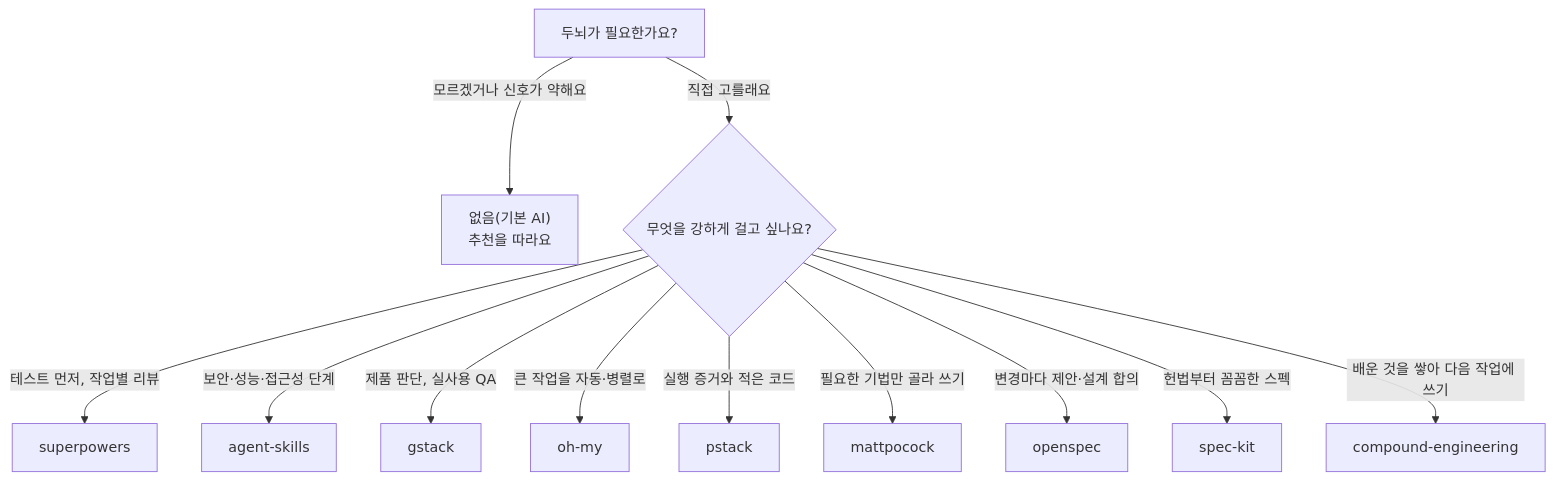
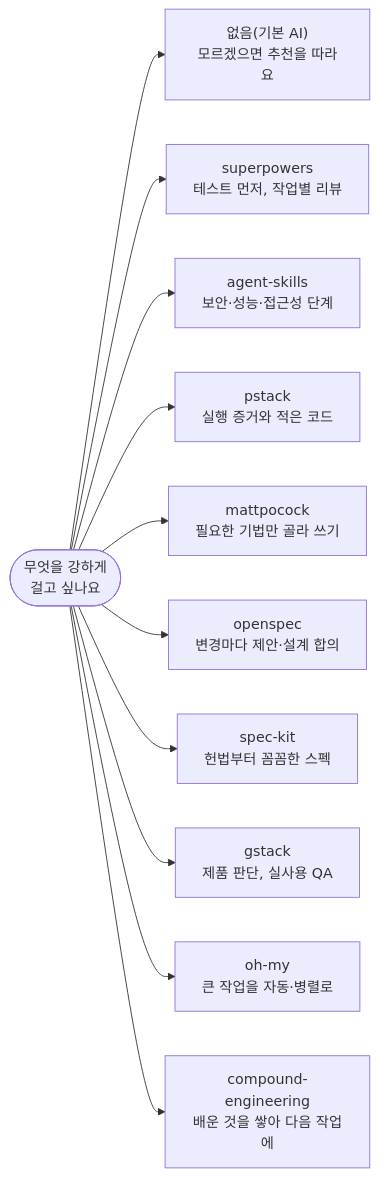
One commit to roadkwon-ai/pro-kit changed the first of 2 diagrams in handbook/skills/brains.md. Above: the diagram before and after it, drawn with Mermaid. The commit also changed other lines of this file and 21 other files, not shown here.

````diff
--- a/handbook/skills/brains.md
+++ b/handbook/skills/brains.md
@@ -149,14 +149,18 @@
 ```mermaid
-flowchart TD
-  Q["두뇌가 필요한가요?"] -->|"모르겠거나 신호가 약해요"| N["없음(기본 AI)<br/>추천을 따라요"]
-  Q -->|"직접 고를래요"| G{"무엇을 강하게 걸고 싶나요?"}
-  G -->|"테스트 먼저, 작업별 리뷰"| SP["superpowers"]
-  G -->|"보안·성능·접근성 단계"| AS["agent-skills"]
-  G -->|"제품 판단, 실사용 QA"| GS["gstack"]
-  G -->|"큰 작업을 자동·병렬로"| OM["oh-my"]
-  G -->|"실행 증거와 적은 코드"| PS["pstack"]
-  G -->|"필요한 기법만 골라 쓰기"| MP["mattpocock"]
-  G -->|"변경마다 제안·설계 합의"| OS["openspec"]
-  G -->|"헌법부터 꼼꼼한 스펙"| SK["spec-kit"]
-  G -->|"배운 것을 쌓아 다음 작업에 쓰기"| CE["compound-engineering"]
+---
+config:
+  flowchart:
+    wrappingWidth: 170
+---
+flowchart LR
+  G(["무엇을 강하게<br/>걸고 싶나요"]) --> N["없음(기본 AI)<br/>모르겠으면 추천을 따라요"]
+  G --> SP["superpowers<br/>테스트 먼저, 작업별 리뷰"]
+  G --> AS["agent-skills<br/>보안·성능·접근성 단계"]
+  G --> PS["pstack<br/>실행 증거와 적은 코드"]
+  G --> MP["mattpocock<br/>필요한 기법만 골라 쓰기"]
+  G --> OS["openspec<br/>변경마다 제안·설계 합의"]
+  G --> SK["spec-kit<br/>헌법부터 꼼꼼한 스펙"]
+  G --> GS["gstack<br/>제품 판단, 실사용 QA"]
+  G --> OM["oh-my<br/>큰 작업을 자동·병렬로"]
+  G --> CE["compound-engineering<br/>배운 것을 쌓아 다음 작업에"]
 ```
````
